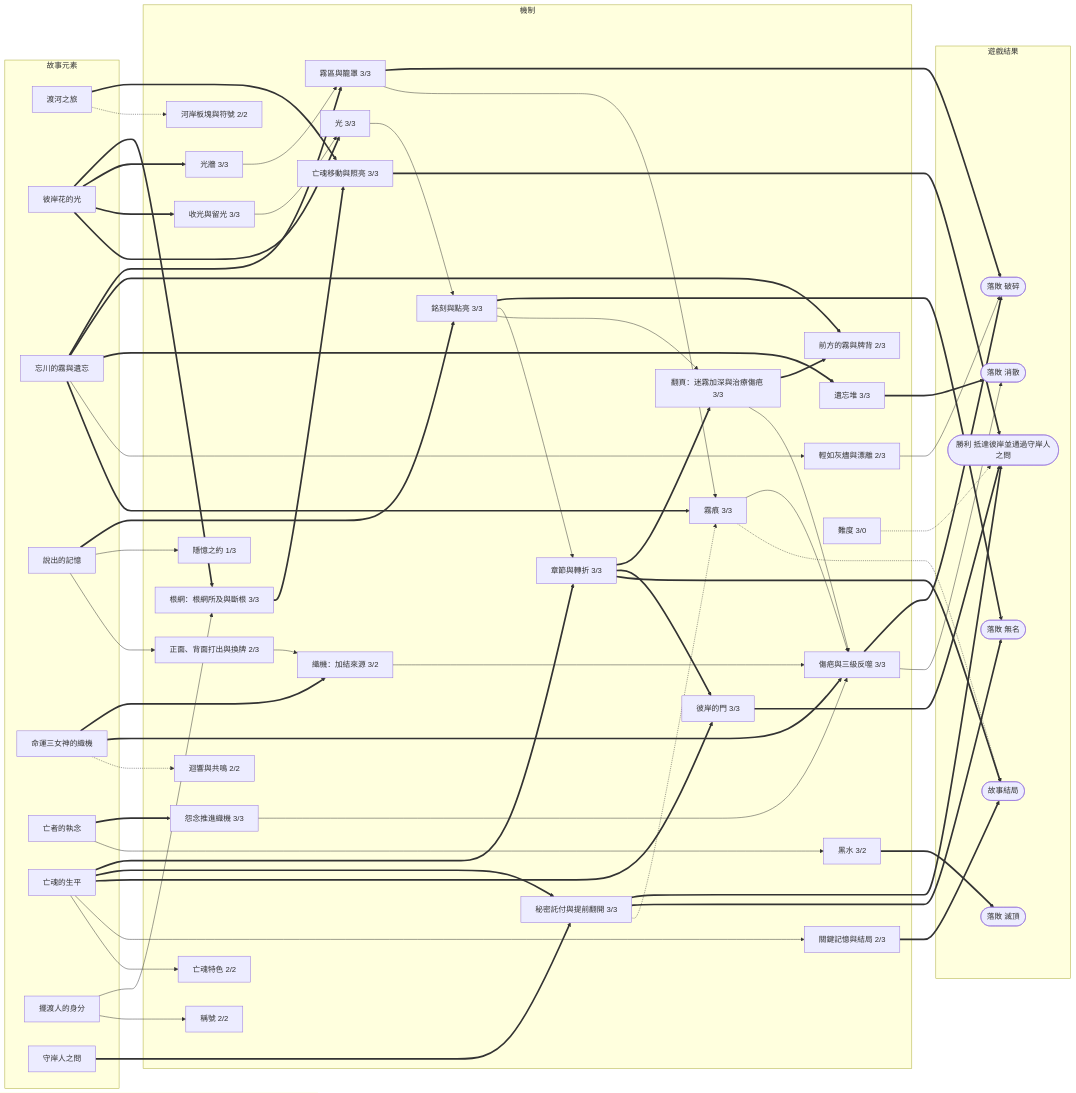
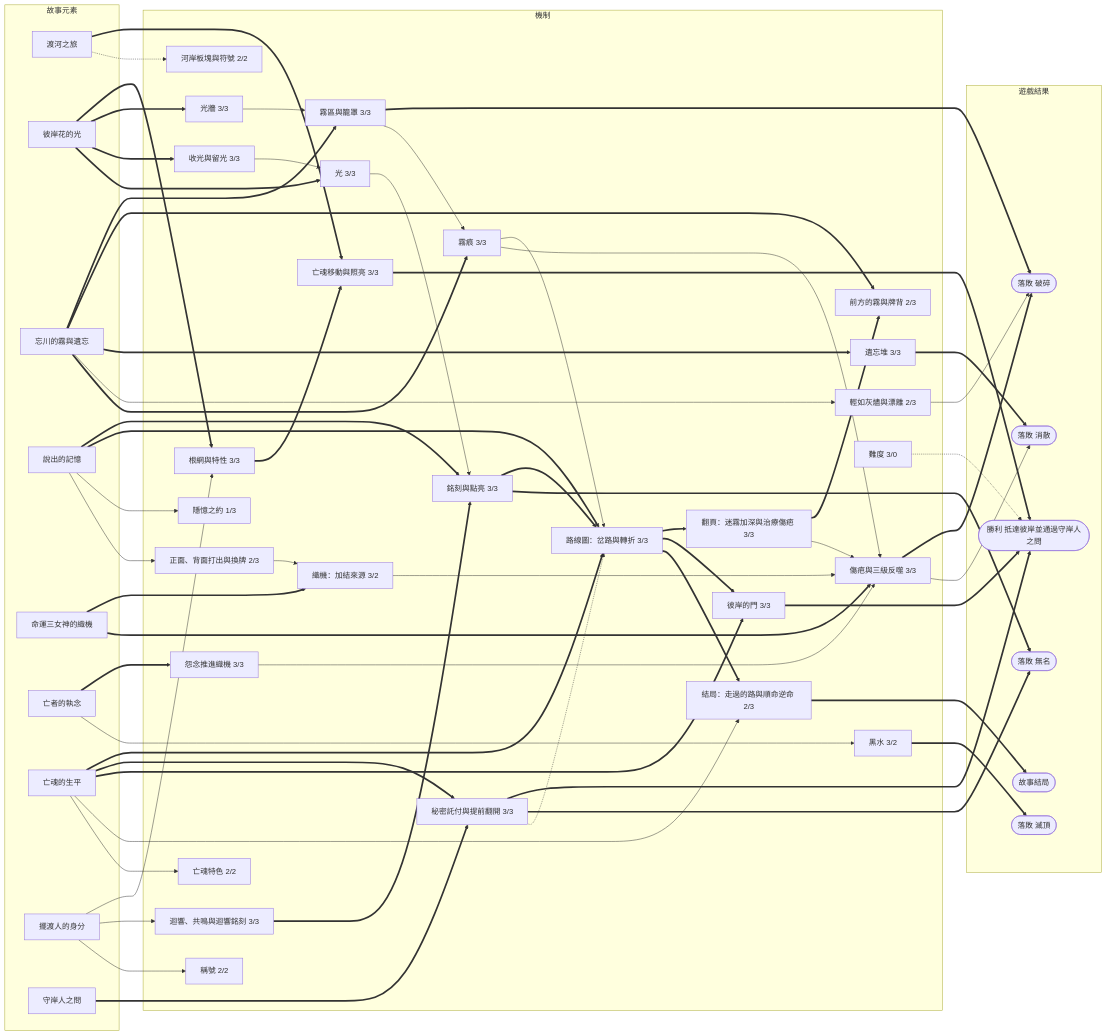
The second of 2 diagrams in docs/design/V5-proposal.zh-TW.md (Ralph-Liu-Hub/Boardgame-Netherbloom), drawn with Mermaid before and after one commit. The commit also changed other lines of this file and 5 other files, not shown here.

```diff
--- a/docs/design/V5-proposal.zh-TW.md
+++ b/docs/design/V5-proposal.zh-TW.md
@@ -473,7 +479,7 @@
 
   subgraph M[機制]
     M1[亡魂移動與照亮 3/3]
-    M2[根網：根網所及與斷根 3/3]
+    M2[根網與特性 3/3]
     M3[光牆 3/3]
     M4[收光與留光 3/3]
     M5[霧區與籠罩 3/3]
@@ -487,16 +493,16 @@
     M13[輕如灰燼與漂離 2/3]
     M14[隱憶之約 1/3]
     M15[正面、背面打出與換牌 2/3]
-    M16[迴響與共鳴 2/2]
+    M16[迴響、共鳴與迴響銘刻 3/3]
     M17[光 3/3]
     M18[稱號 2/2]
     M19[銘刻與點亮 3/3]
     M20[霧痕 3/3]
-    M21[章節與轉折 3/3]
+    M21[路線圖：岔路與轉折 3/3]
     M22[秘密託付與提前翻開 3/3]
     M23[翻頁：迷霧加深與治療傷疤 3/3]
     M24[彼岸的門 3/3]
-    M25[關鍵記憶與結局 2/3]
+    M25[結局：走過的路與順命逆命 2/3]
     M26[亡魂特色 2/2]
     M27[難度 3/0]
   end
@@ -516,6 +522,7 @@
   S2 ==> M4
   S2 ==> M17
   S8 --> M2
+  S8 --> M16
   S3 ==> M5
   S3 ==> M11
   S3 ==> M12
@@ -525,8 +532,8 @@
   S6 --> M7
   S5 ==> M9
   S5 ==> M10
-  S5 -.-> M16
   S4 ==> M19
+  S4 ==> M21
   S4 --> M14
   S4 --> M15
   S7 ==> M21
@@ -541,13 +548,16 @@
   M2 ==> M1
   M1 ==> O1
   M24 ==> O1
+  M16 ==> M19
+  M19 ==> M21
   M21 ==> M23
   M21 ==> M24
-  M21 ==> O5
+  M21 ==> M25
   M23 ==> M11
   M23 --> M10
   M5 ==> O3
   M5 --> M20
+  M20 --> M21
   M6 --> M10
   M10 ==> O3
   M10 --> O2
@@ -555,13 +565,10 @@
   M12 ==> O2
   M13 --> O3
   M19 ==> O6
-  M19 --> M21
-  M19 --> M23
   M22 ==> O1
   M22 ==> O6
-  M22 -.-> M20
+  M22 -.-> M21
   M20 --> M10
-  M20 -.-> O5
   M25 ==> O5
   M17 --> M19
   M3 --> M5
```
